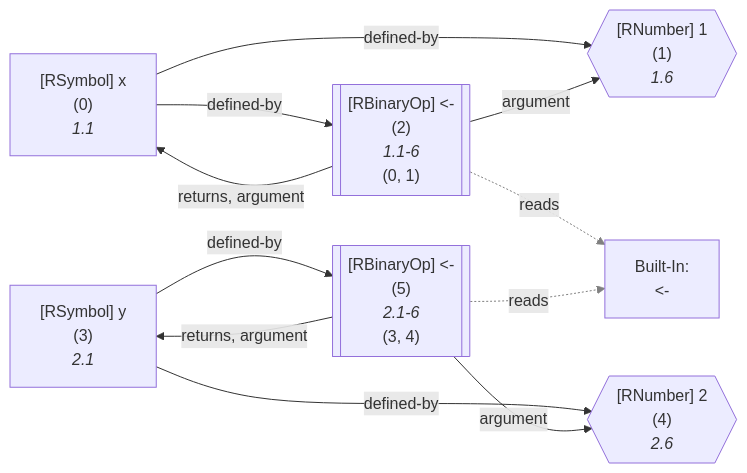
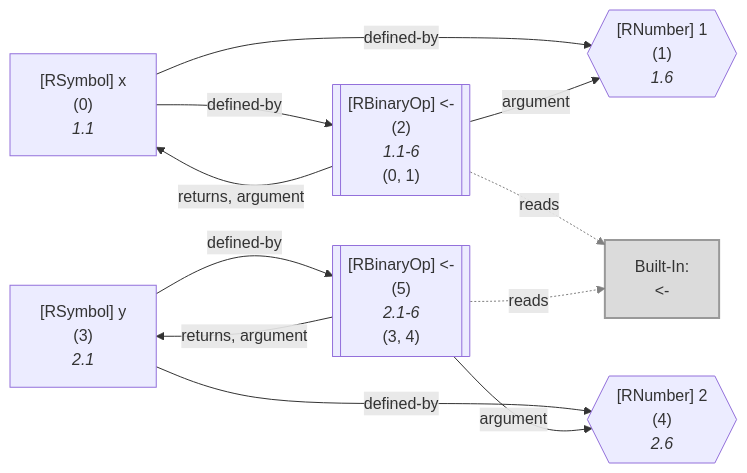
The third of 9 diagrams in wiki/Query API.md (flowr-analysis/flowr), drawn with Mermaid before and after one commit. The commit also changed other lines of this file and 6 other files, not shown here.

Commit message:
[skip ci] doc: update generated wiki pages (wiki/Capabilities,wiki/Dataflow Graph,wiki/Query API,wiki/Search API,wiki/Interface,wiki/Core,README)

````diff
--- a/wiki/Query API.md
+++ b/wiki/Query API.md
@@ -1802,37 +1816,38 @@
 ```mermaid
 flowchart LR
     1{{"`#91;RNumber#93; 1
       (1)
       *1.6*`"}}
     0["`#91;RSymbol#93; x
       (0)
       *1.1*`"]
     2[["`#91;RBinaryOp#93; #60;#45;
       (2)
       *1.1-6*
     (0, 1)`"]]
     built-in:_-["`Built-In:
 #60;#45;`"]
+    style built-in:_- stroke:gray,fill:lightgray,stroke-width:2px,opacity:.8;
     4{{"`#91;RNumber#93; 2
       (4)
       *2.6*`"}}
     3["`#91;RSymbol#93; y
       (3)
       *2.1*`"]
     5[["`#91;RBinaryOp#93; #60;#45;
       (5)
       *2.1-6*
     (3, 4)`"]]
     0 -->|"defined-by"| 1
     0 -->|"defined-by"| 2
     2 -->|"argument"| 1
     2 -->|"returns, argument"| 0
     2 -.->|"reads"| built-in:_-
     linkStyle 4 stroke:gray;
     3 -->|"defined-by"| 4
     3 -->|"defined-by"| 5
     5 -->|"argument"| 4
     5 -->|"returns, argument"| 3
     5 -.->|"reads"| built-in:_-
     linkStyle 9 stroke:gray;
 ```
````
